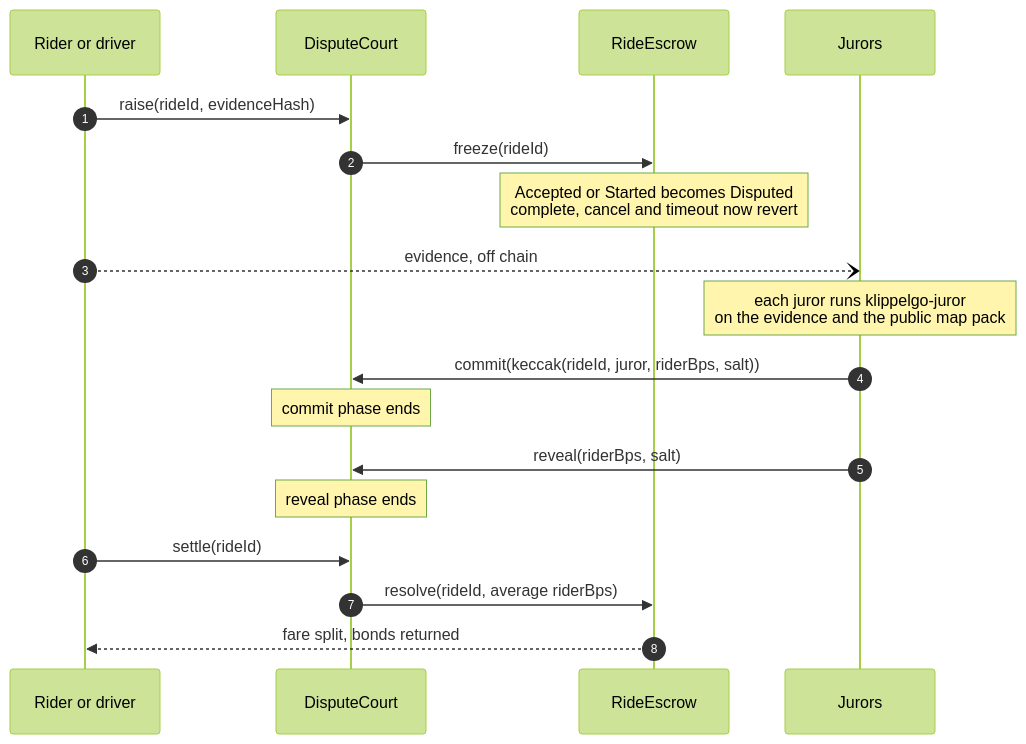
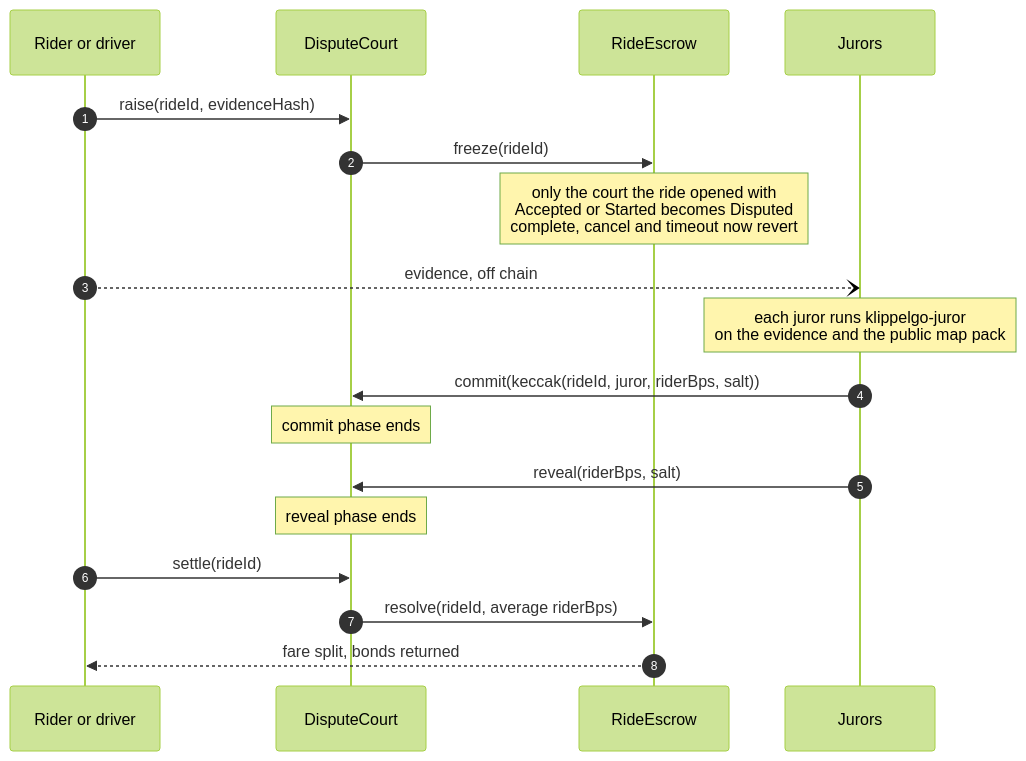
Before and after one commit to MuriloSchaefer/klippelgo: the second of 4 diagrams in contracts/docs/security.md, drawn with Mermaid (forest theme). The commit also changed other lines of this file and 34 other files, not shown here.

````diff
--- a/contracts/docs/security.md
+++ b/contracts/docs/security.md
@@ -90,21 +105,21 @@
 ```mermaid
 sequenceDiagram
     autonumber
     participant X as Rider or driver
     participant C as DisputeCourt
     participant E as RideEscrow
     participant J as Jurors
 
     X->>C: raise(rideId, evidenceHash)
     C->>E: freeze(rideId)
-    Note over E: Accepted or Started becomes Disputed<br/>complete, cancel and timeout now revert
+    Note over E: only the court the ride opened with<br/>Accepted or Started becomes Disputed<br/>complete, cancel and timeout now revert
     X--)J: evidence, off chain
     Note over J: each juror runs klippelgo-juror<br/>on the evidence and the public map pack
     J->>C: commit(keccak(rideId, juror, riderBps, salt))
     Note over C: commit phase ends
     J->>C: reveal(riderBps, salt)
     Note over C: reveal phase ends
     X->>C: settle(rideId)
     C->>E: resolve(rideId, average riderBps)
     E-->>X: fare split, bonds returned
 ```
````
